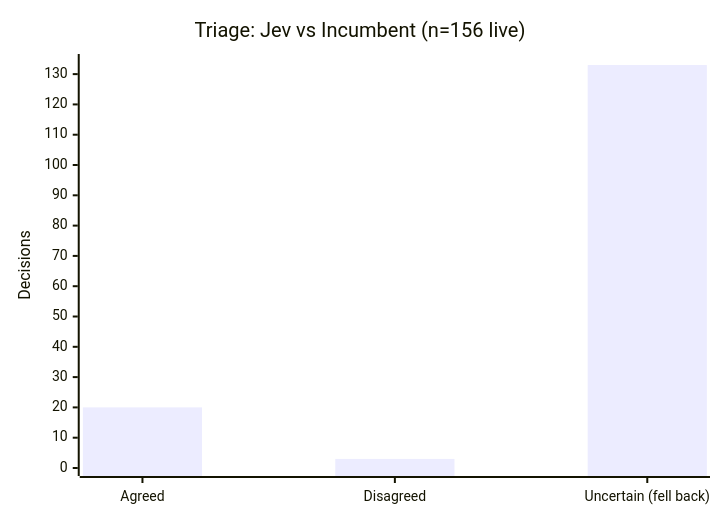
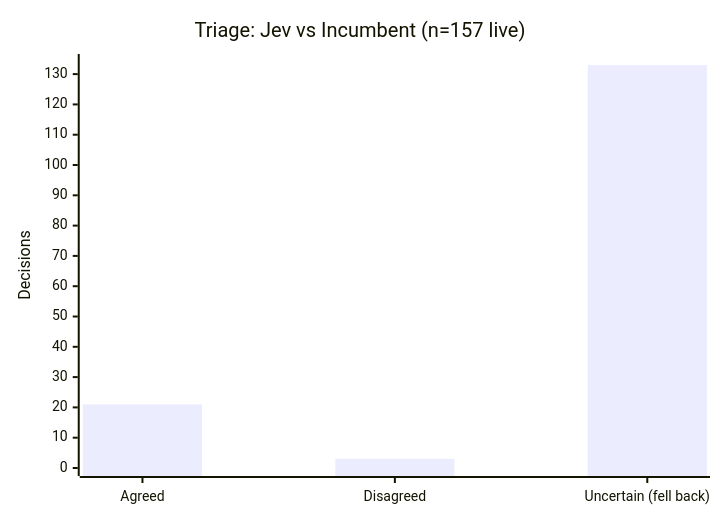
One commit to Sanctum-Origo-Systems/patina changed the first of 4 diagrams in JEV.md. Above: the diagram before and after it, drawn with Mermaid. The commit also changed other lines of this file, not shown here.

Commit message:
chore: update jev report (2026-11-27) (#720)

````diff
--- a/JEV.md
+++ b/JEV.md
@@ -9,7 +9,7 @@
 ```mermaid
 xychart-beta
-    title "Triage: Jev vs Incumbent (n=156 live)"
+    title "Triage: Jev vs Incumbent (n=157 live)"
     x-axis ["Agreed", "Disagreed", "Uncertain (fell back)"]
     y-axis "Decisions" 0 --> 134
-    bar [20, 3, 133]
+    bar [21, 3, 133]
 ```
````
